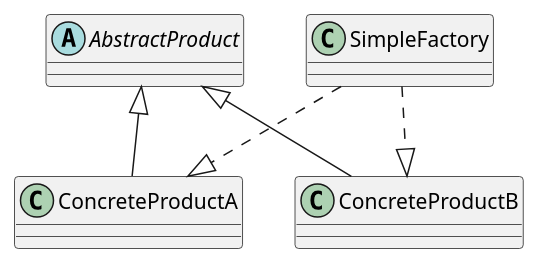
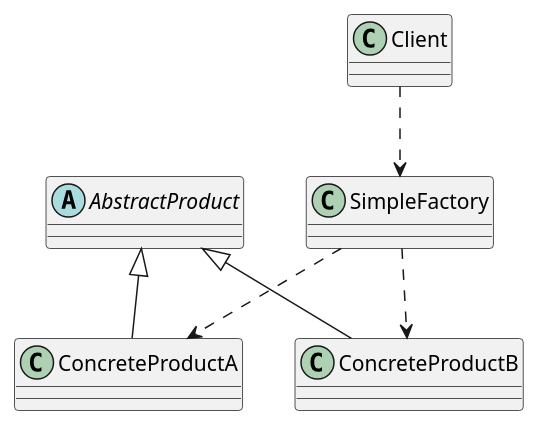
Before and after one commit to WRJcode/md-design-pattern: the diagram in factory-method/src/main/java/org/arvinw/example4_3/simple-factory.puml, drawn with PlantUML. The commit also changed 111 other files, not shown here.

Commit message:
update UML file and uml picture

```diff
--- a/factory-method/src/main/java/org/arvinw/example4_3/simple-factory.puml
+++ b/factory-method/src/main/java/org/arvinw/example4_3/simple-factory.puml
@@ -1,15 +1,16 @@
 @startuml
 'https://plantuml.com/class-diagram
 
+class Client
 abstract class AbstractProduct
 class ConcreteProductA
 class ConcreteProductB
 class SimpleFactory
 
 AbstractProduct <|-- ConcreteProductA
 AbstractProduct <|-- ConcreteProductB
 
-SimpleFactory ..|> ConcreteProductA
-SimpleFactory ..|> ConcreteProductB
-
+SimpleFactory ..> ConcreteProductA
+SimpleFactory ..> ConcreteProductB
+Client ..> SimpleFactory
 @enduml
```
